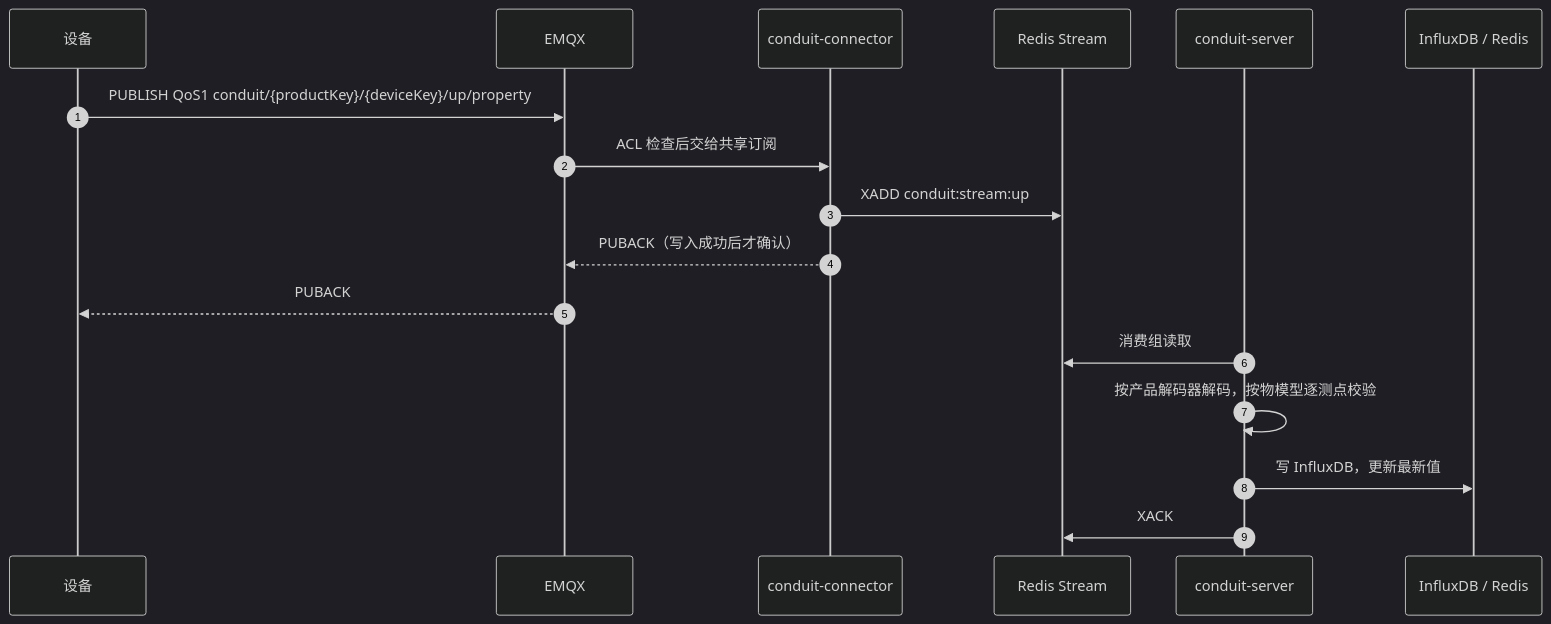
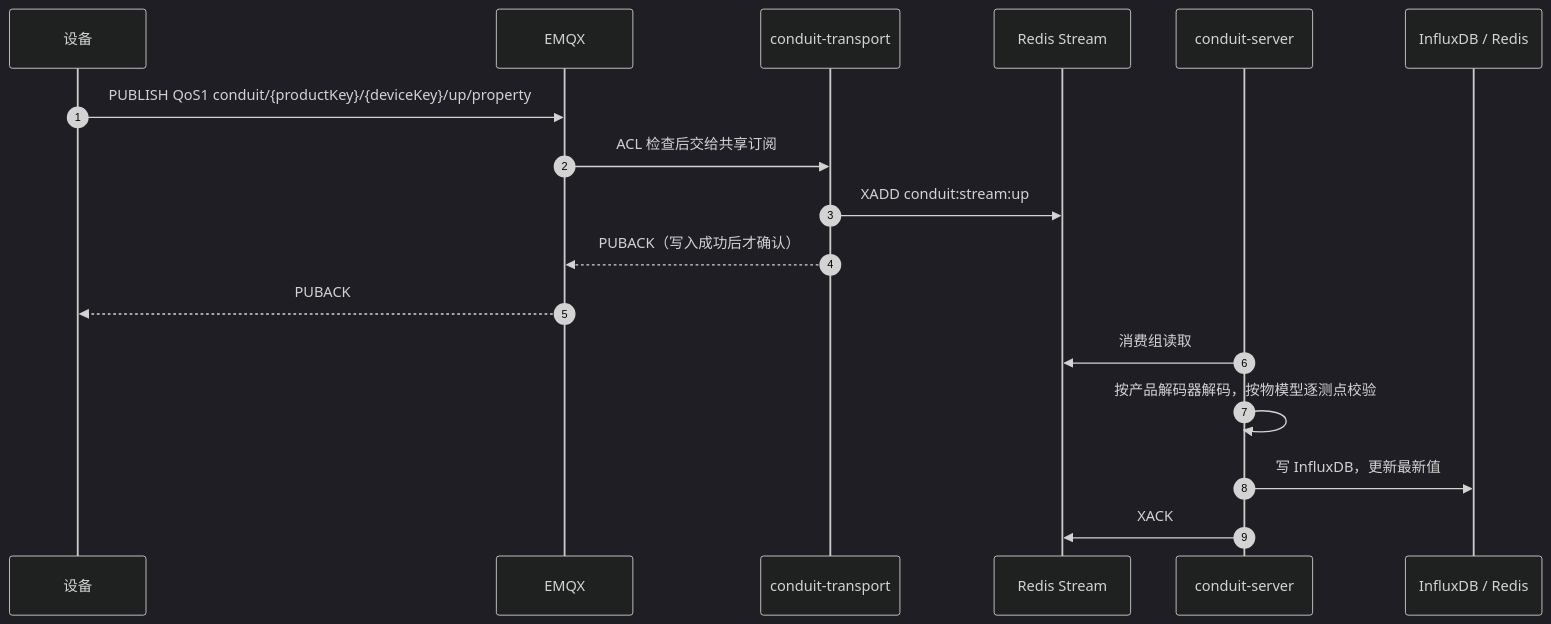
The second of 2 diagrams in docs/device-integration.md (Clarence404/Conduit), drawn with Mermaid (dark theme) before and after one commit. The commit also changed other lines of this file and 29 other files, not shown here.

Commit message:
refactor: rename conduit-connector to conduit-transport

````diff
--- a/docs/device-integration.md
+++ b/docs/device-integration.md
@@ -27,19 +27,19 @@
 ```mermaid
 sequenceDiagram
     autonumber
     participant Dev as 设备
     participant EMQX
-    participant Conn as conduit-connector
+    participant Transport as conduit-transport
     participant Bus as Redis Stream
     participant Server as conduit-server
     participant Store as InfluxDB / Redis
     Dev->>EMQX: PUBLISH QoS1 conduit/{productKey}/{deviceKey}/up/property
-    EMQX->>Conn: ACL 检查后交给共享订阅
-    Conn->>Bus: XADD conduit:stream:up
-    Conn-->>EMQX: PUBACK（写入成功后才确认）
+    EMQX->>Transport: ACL 检查后交给共享订阅
+    Transport->>Bus: XADD conduit:stream:up
+    Transport-->>EMQX: PUBACK（写入成功后才确认）
     EMQX-->>Dev: PUBACK
     Server->>Bus: 消费组读取
     Server->>Server: 按产品解码器解码，按物模型逐测点校验
     Server->>Store: 写 InfluxDB，更新最新值
     Server->>Bus: XACK
 ```
````
